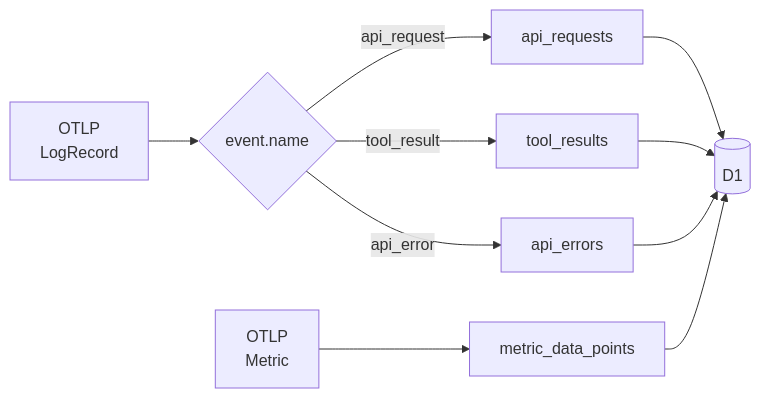
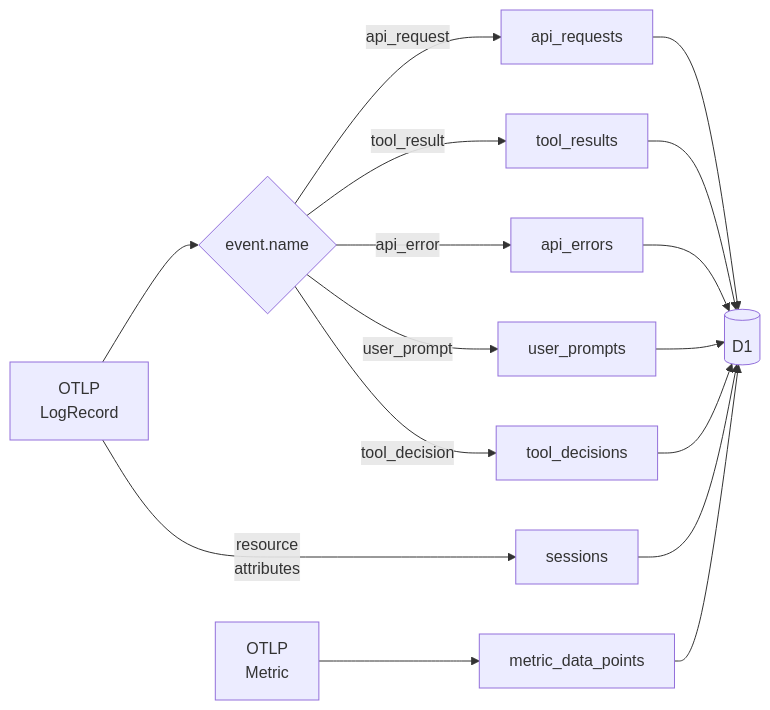
One commit to RyoMa99/cc-dashboard changed the second of 4 diagrams in README.md. Above: the diagram before and after it, drawn with Mermaid. The commit also changed other lines of this file, not shown here.

First line of the commit message:
README のデータフロー図と DB スキーマを v0.5.0 に合わせて更新

````diff
--- a/README.md
+++ b/README.md
@@ -58,11 +58,15 @@
 ```mermaid
 flowchart LR
     A[OTLP\nLogRecord] --> B{event.name}
     B -->|api_request| C[api_requests]
     B -->|tool_result| D[tool_results]
     B -->|api_error| E[api_errors]
+    B -->|user_prompt| UP[user_prompts]
+    B -->|tool_decision| TD[tool_decisions]
+
+    A -- "resource\nattributes" --> S[sessions]
 
     F[OTLP\nMetric] --> G[metric_data_points]
 
-    C & D & E & G --> H[(D1)]
+    C & D & E & UP & TD & S & G --> H[(D1)]
 ```
````
